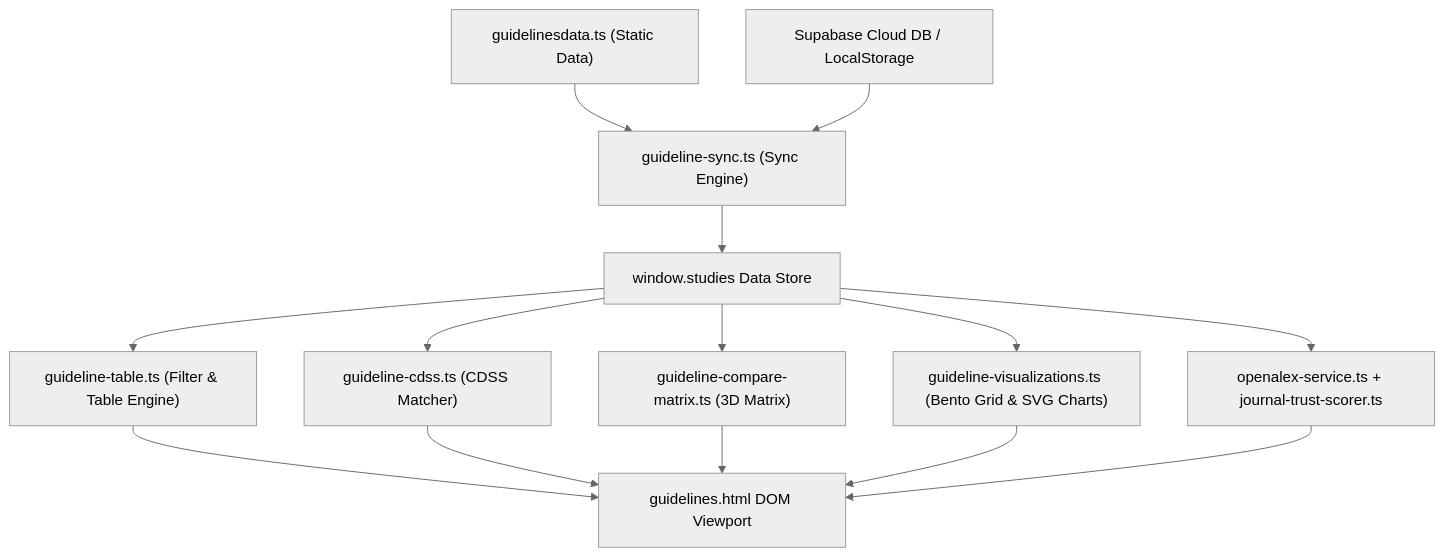
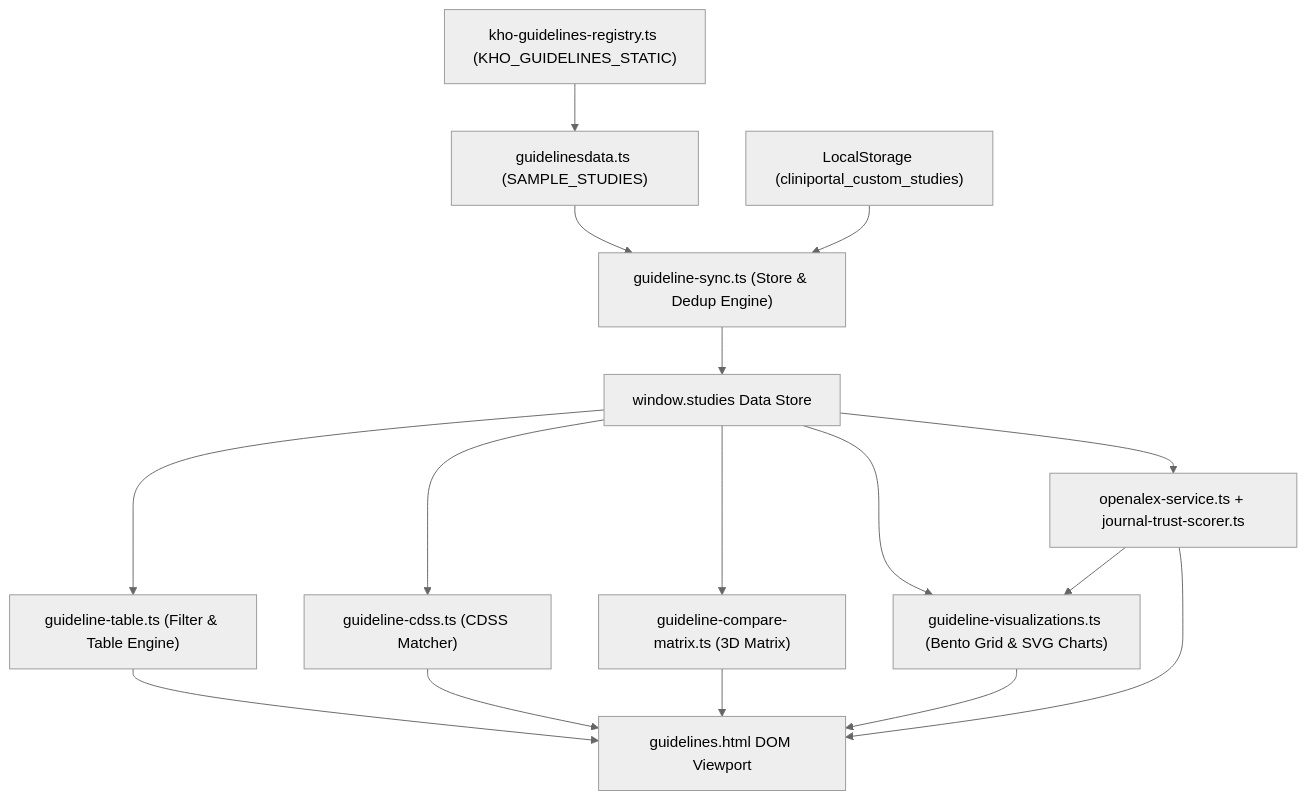
One commit to DrYooDong/Apps_ykhoa changed the diagram in src/content/ebm/guidelines/PROJECT_MAP.md. Above: the diagram before and after it, drawn with Mermaid (neutral theme). The commit also changed other lines of this file and 37 other files, not shown here.

````diff
--- a/src/content/ebm/guidelines/PROJECT_MAP.md
+++ b/src/content/ebm/guidelines/PROJECT_MAP.md
@@ -96,16 +97,18 @@
 ```mermaid
 graph TD
-    A["guidelinesdata.ts (Static Data)"] --> B["guideline-sync.ts (Sync Engine)"]
-    C["Supabase Cloud DB / LocalStorage"] --> B
-    B --> D["window.studies Data Store"]
-    D --> E["guideline-table.ts (Filter & Table Engine)"]
-    D --> F["guideline-cdss.ts (CDSS Matcher)"]
-    D --> G["guideline-compare-matrix.ts (3D Matrix)"]
-    D --> H["guideline-visualizations.ts (Bento Grid & SVG Charts)"]
-    D --> K["openalex-service.ts + journal-trust-scorer.ts"]
-    E --> I["guidelines.html DOM Viewport"]
-    F --> I
-    G --> I
-    H --> I
+    A["kho-guidelines-registry.ts (KHO_GUIDELINES_STATIC)"] --> B["guidelinesdata.ts (SAMPLE_STUDIES)"]
+    B --> C["guideline-sync.ts (Store & Dedup Engine)"]
+    D["LocalStorage (cliniportal_custom_studies)"] --> C
+    C --> E["window.studies Data Store"]
+    E --> F["guideline-table.ts (Filter & Table Engine)"]
+    E --> G["guideline-cdss.ts (CDSS Matcher)"]
+    E --> H["guideline-compare-matrix.ts (3D Matrix)"]
+    E --> I["guideline-visualizations.ts (Bento Grid & SVG Charts)"]
+    E --> K["openalex-service.ts + journal-trust-scorer.ts"]
+    F --> J["guidelines.html DOM Viewport"]
+    G --> J
+    H --> J
+    I --> J
+    K --> J
     K --> I
 ```
````
